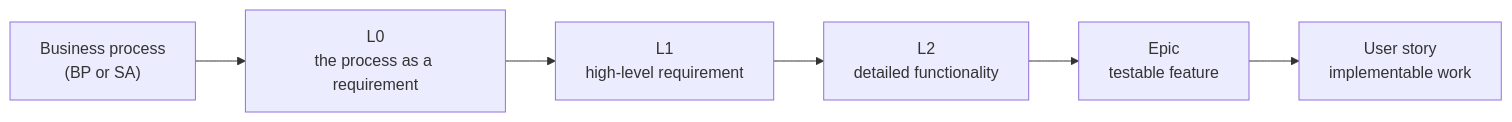
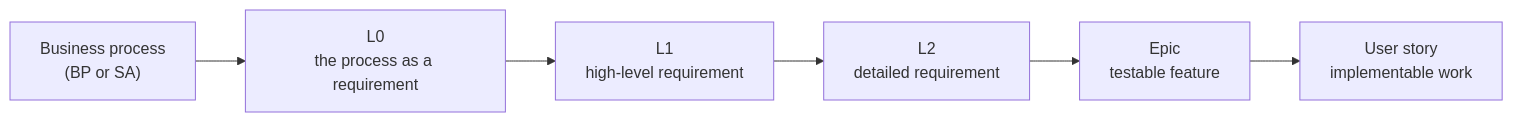
Before and after one commit to barrynauta/simpl-local: the diagram in requirements-poc/README.md, drawn with Mermaid. The commit also changed 118 other files, not shown here.

Commit message:
requirements-poc: call L2 a detailed requirement

````diff
--- a/requirements-poc/README.md
+++ b/requirements-poc/README.md
@@ -19,8 +19,8 @@
 ```mermaid
 graph LR
     BP["Business process<br/>(BP or SA)"] --> L0["L0<br/>the process as a requirement"]
     L0 --> L1["L1<br/>high-level requirement"]
-    L1 --> L2["L2<br/>detailed functionality"]
+    L1 --> L2["L2<br/>detailed requirement"]
     L2 --> E["Epic<br/>testable feature"]
     E --> US["User story<br/>implementable work"]
 ```
````
